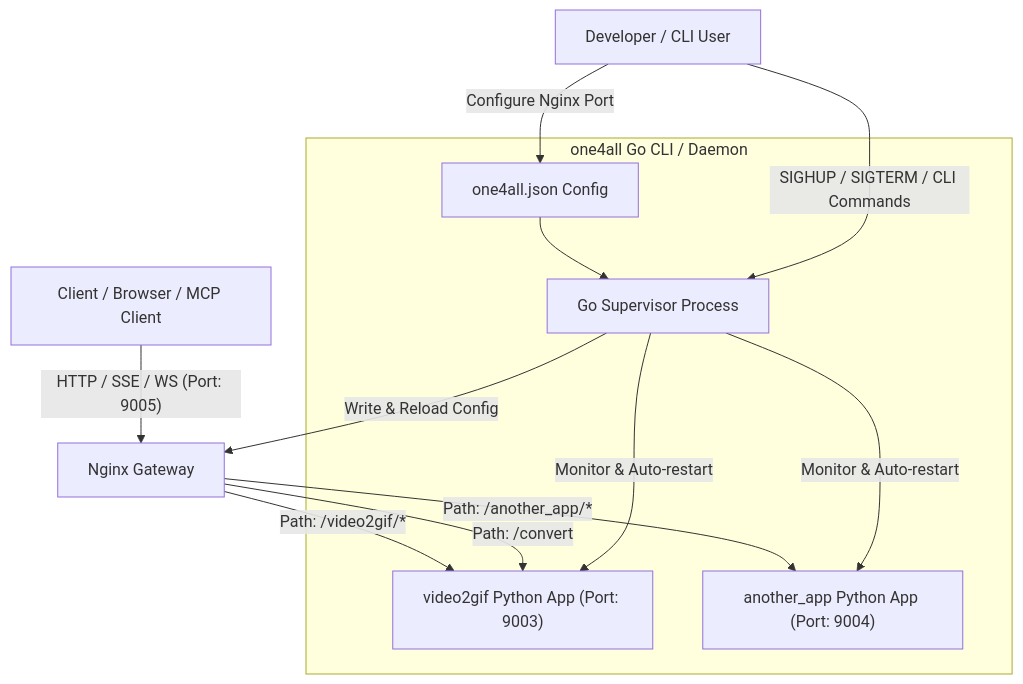
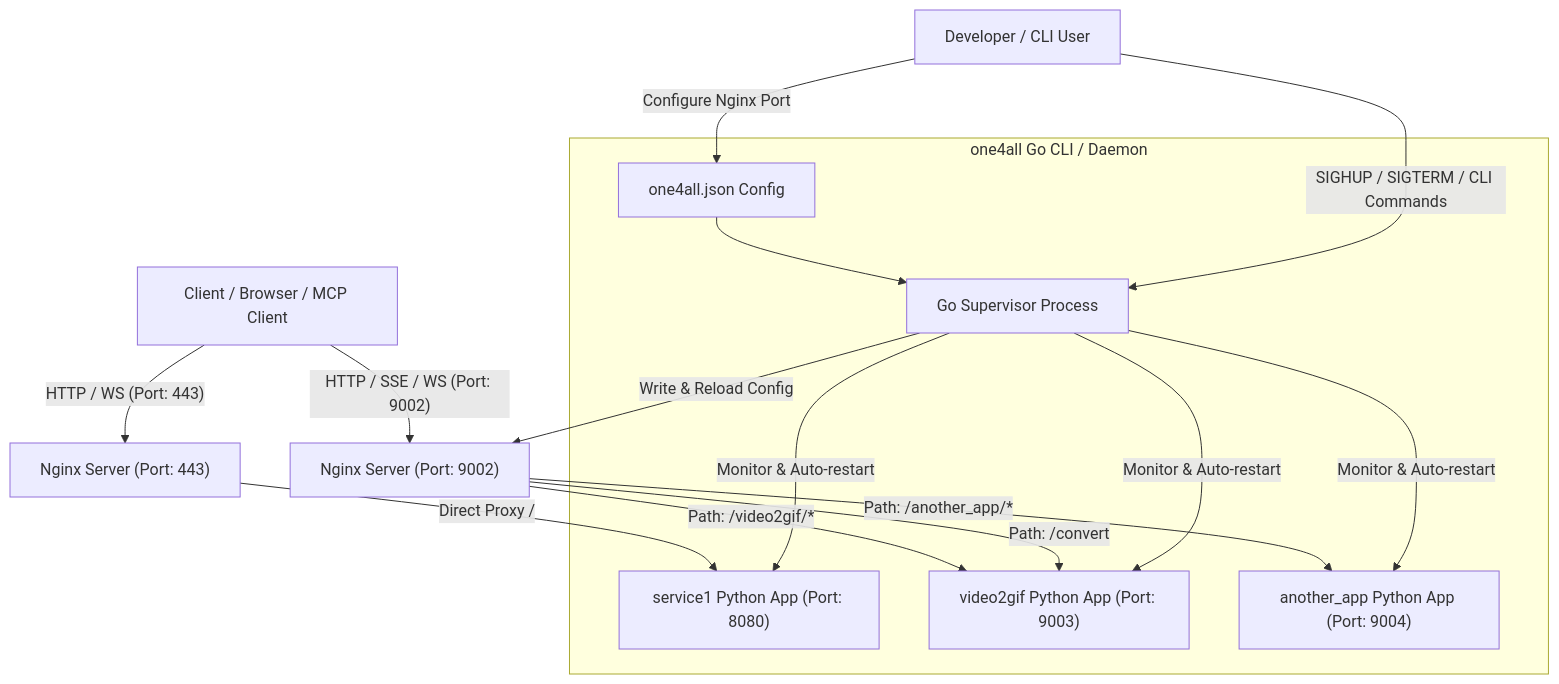
Before and after one commit to davislinyd/one4all: the diagram in README.md, drawn with Mermaid.

Commit message:
docs: update Mermaid flowchart in README.md to show multi-port routing

````diff
--- a/README.md
+++ b/README.md
@@ -12,18 +12,21 @@
 ```mermaid
 graph TD
-    Client["Client / Browser / MCP Client"] -- "HTTP / SSE / WS (Port: 9005)" --> Nginx["Nginx Gateway"]
+    Client["Client / Browser / MCP Client"] -- "HTTP / WS (Port: 443)" --> Nginx443["Nginx Server (Port: 443)"]
+    Client -- "HTTP / SSE / WS (Port: 9002)" --> Nginx9002["Nginx Server (Port: 9002)"]
     
-    Nginx -- "Path: /video2gif/*" --> S1["video2gif Python App (Port: 9003)"]
-    Nginx -- "Path: /another_app/*" --> S2["another_app Python App (Port: 9004)"]
-    Nginx -- "Path: /convert" --> S1
+    Nginx443 -- "Direct Proxy /" --> S1["service1 Python App (Port: 8080)"]
+    Nginx9002 -- "Path: /video2gif/*" --> S2["video2gif Python App (Port: 9003)"]
+    Nginx9002 -- "Path: /another_app/*" --> S3["another_app Python App (Port: 9004)"]
+    Nginx9002 -- "Path: /convert" --> S2
     
     subgraph Go Supervisor ["one4all Go CLI / Daemon"]
         JSON["one4all.json Config"] --> Supervisor["Go Supervisor Process"]
         Supervisor -- "Monitor & Auto-restart" --> S1
         Supervisor -- "Monitor & Auto-restart" --> S2
+        Supervisor -- "Monitor & Auto-restart" --> S3
     end
     
     Developer["Developer / CLI User"] -- "SIGHUP / SIGTERM / CLI Commands" --> Supervisor
     Developer -- "Configure Nginx Port" --> JSON
-    Supervisor -- "Write & Reload Config" --> Nginx
+    Supervisor -- "Write & Reload Config" --> Nginx9002
 ```
````
